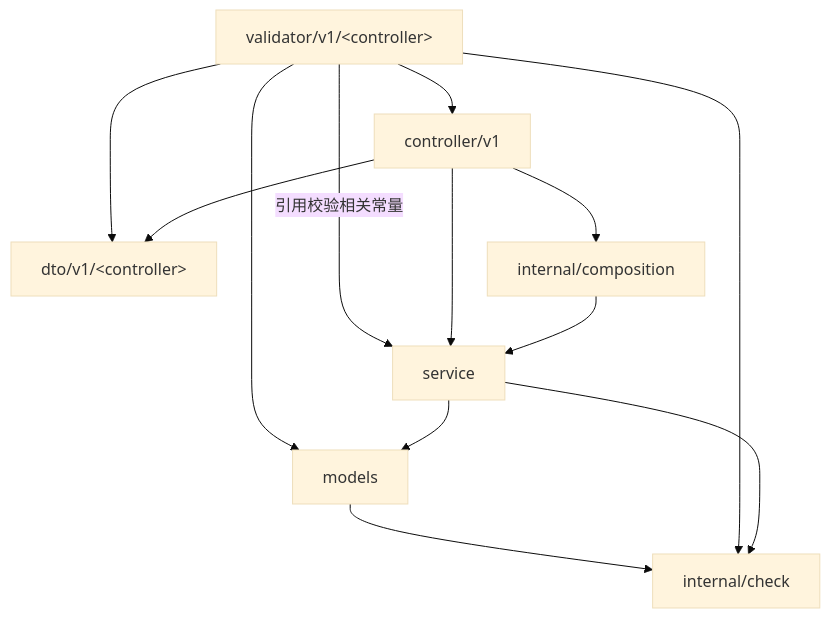
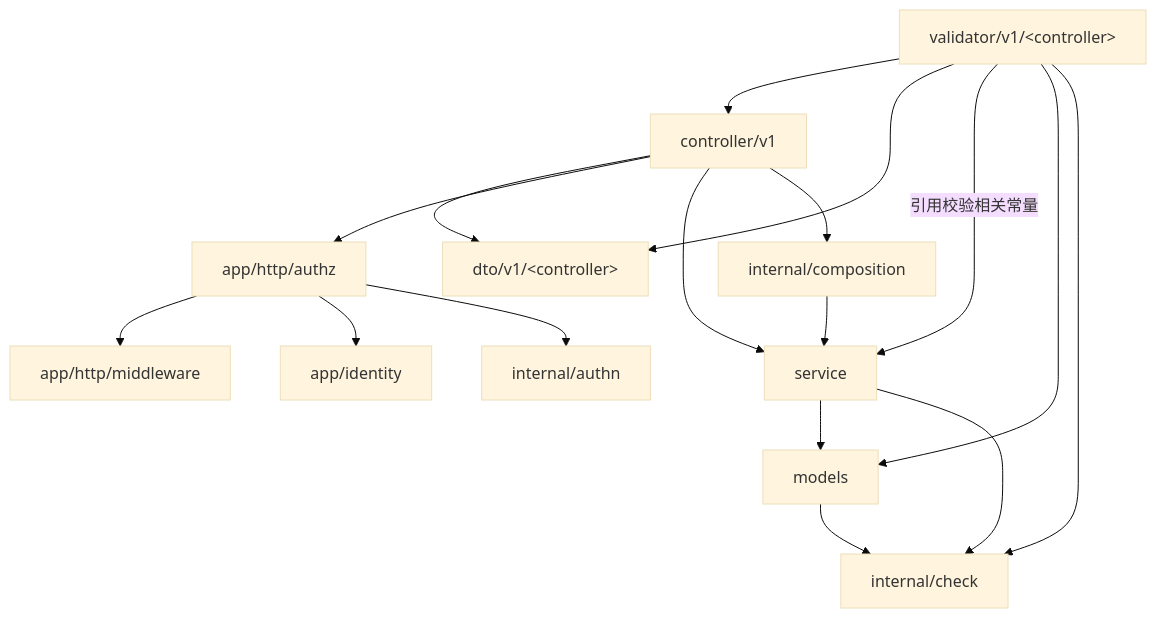
One commit to icecream154/go-service-template changed the second of 2 diagrams in specifications/application/api-service-validator.md. Above: the diagram before and after it, drawn with Mermaid (base theme). The commit also changed other lines of this file and 16 other files, not shown here.

````diff
--- a/specifications/application/api-service-validator.md
+++ b/specifications/application/api-service-validator.md
@@ -194,15 +200,19 @@
 ```mermaid
 flowchart TD
     V["validator/v1/&lt;controller&gt;"] --> C["controller/v1"]
     V --> D["dto/v1/&lt;controller&gt;"]
     C --> D
+    C --> H["app/http/authz"]
+    H --> HM["app/http/middleware"]
+    H --> I["app/identity"]
+    H --> N["internal/authn"]
     V -->|"引用校验相关常量"| S["service"]
     C --> S
     C --> A["internal/composition"]
     A --> S
     V --> M["models"]
     S --> M
     M --> K["internal/check"]
     V --> K
     S --> K
 ```
````
